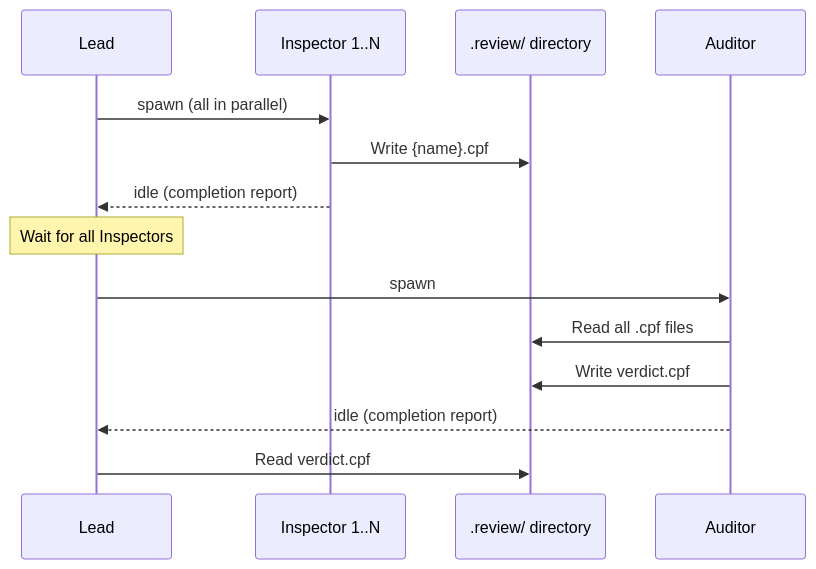
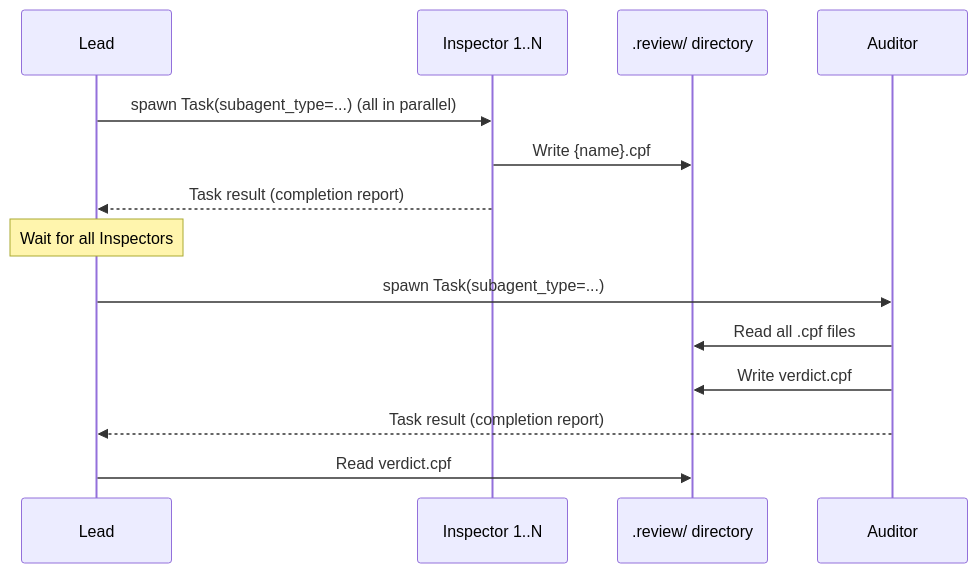
Before and after one commit to sync-dev-org/sync-sdd: the fourth of 7 diagrams in .claude/sdd/project/specs/roadmap-orchestration/design.md, drawn with Mermaid. The commit also changed other lines of this file and 45 other files, not shown here.

First line of the commit message:
Migrate from Agent Teams to SubAgent architecture

````diff
--- a/.claude/sdd/project/specs/roadmap-orchestration/design.md
+++ b/.claude/sdd/project/specs/roadmap-orchestration/design.md
@@ -301,17 +301,17 @@
 ```mermaid
 sequenceDiagram
     participant Lead
     participant Inspector1 as Inspector 1..N
     participant ReviewDir as .review/ directory
     participant Auditor
 
-    Lead->>Inspector1: spawn (all in parallel)
+    Lead->>Inspector1: spawn Task(subagent_type=...) (all in parallel)
     Inspector1->>ReviewDir: Write {name}.cpf
-    Inspector1-->>Lead: idle (completion report)
+    Inspector1-->>Lead: Task result (completion report)
     Note over Lead: Wait for all Inspectors
-    Lead->>Auditor: spawn
+    Lead->>Auditor: spawn Task(subagent_type=...)
     Auditor->>ReviewDir: Read all .cpf files
     Auditor->>ReviewDir: Write verdict.cpf
-    Auditor-->>Lead: idle (completion report)
+    Auditor-->>Lead: Task result (completion report)
     Lead->>ReviewDir: Read verdict.cpf
 ```
````
